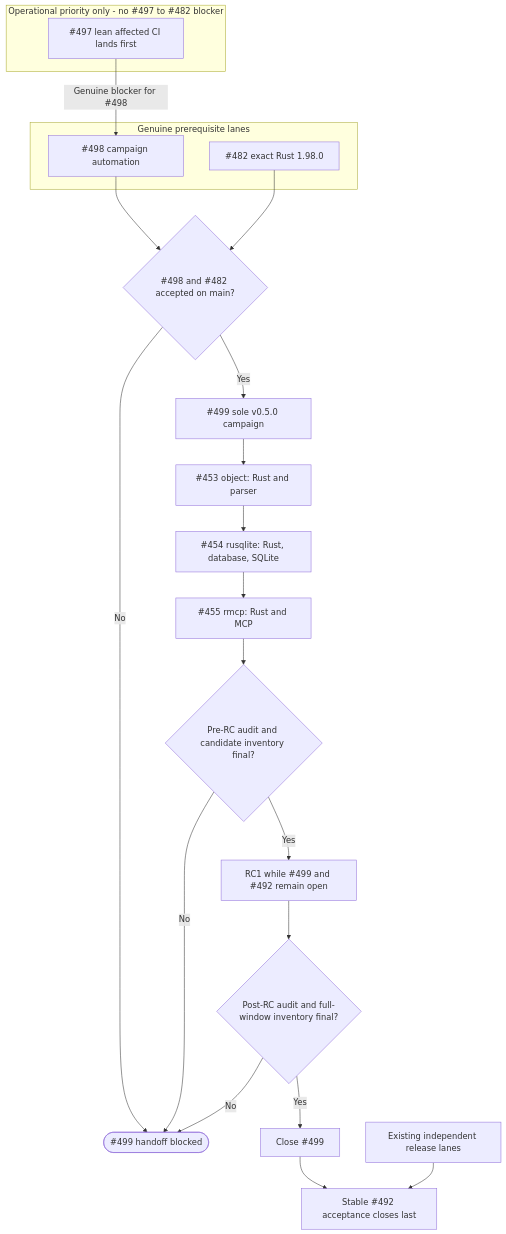
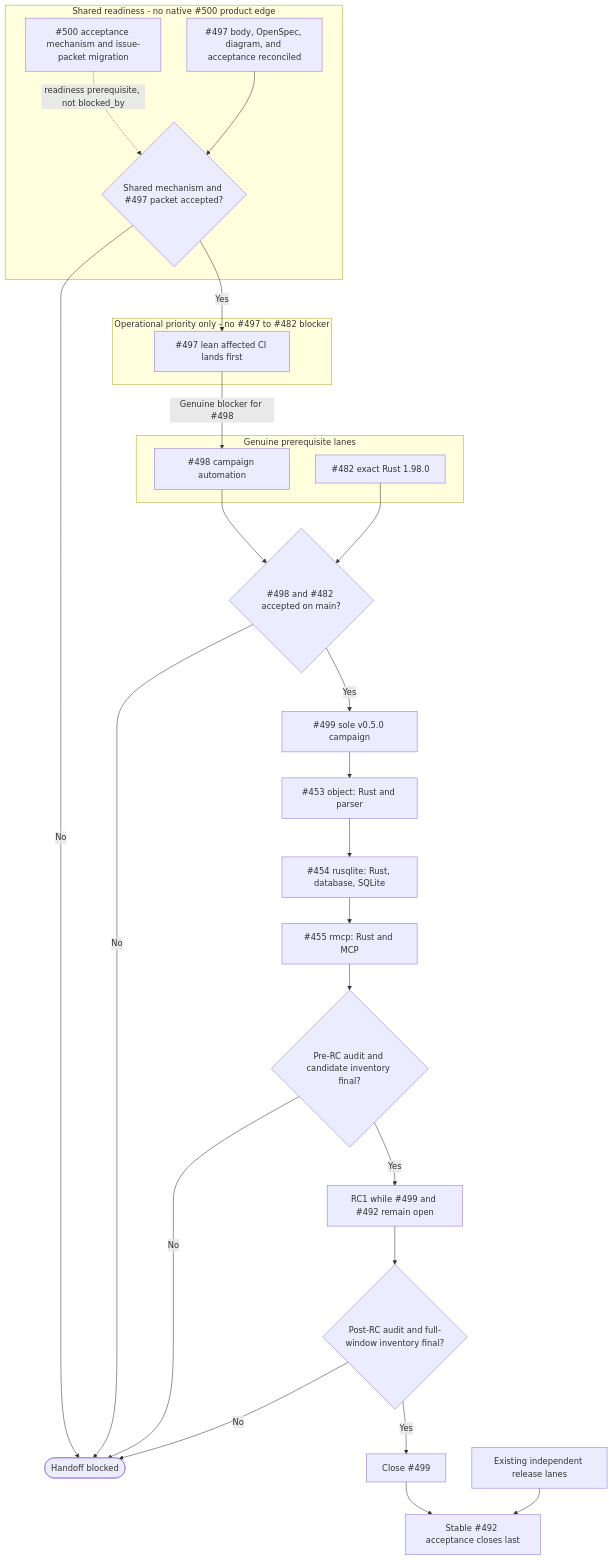
Before and after one commit to styler-ai/ProjectAtlas: diagram 30 of 31 in docs/v050-release-architecture.md, drawn with Mermaid. The commit also changed other lines of this file and 9 other files, not shown here.

Commit message:
docs(issueops): specify acceptance-oriented issue contracts (#500)

````diff
--- a/docs/v050-release-architecture.md
+++ b/docs/v050-release-architecture.md
@@ -452,26 +488,35 @@
 ```mermaid
 flowchart TB
+    subgraph Readiness[Shared readiness - no native #500 product edge]
+        Contract500[#500 acceptance mechanism and issue-packet migration]
+        Packet497[#497 body, OpenSpec, diagram, and acceptance reconciled]
+        Gate497{Shared mechanism and #497 packet accepted?}
+        Contract500 -. readiness prerequisite, not blocked_by .-> Gate497
+        Packet497 --> Gate497
+    end
     subgraph Priority[Operational priority only - no #497 to #482 blocker]
         CI497[#497 lean affected CI lands first]
     end
     subgraph Foundations[Genuine prerequisite lanes]
         Auto498[#498 campaign automation]
         Rust482[#482 exact Rust 1.98.0]
     end
+    Gate497 -- Yes --> CI497
+    Gate497 -- No --> Stop([Handoff blocked])
     CI497 -- Genuine blocker for #498 --> Auto498
     Auto498 --> Ready{#498 and #482 accepted on main?}
     Rust482 --> Ready
-    Ready -- No --> Stop([#499 handoff blocked])
+    Ready -- No --> Stop
     Ready -- Yes --> Campaign499[#499 sole v0.5.0 campaign]
     Campaign499 --> PR453[#453 object: Rust and parser]
     PR453 --> PR454[#454 rusqlite: Rust, database, SQLite]
     PR454 --> PR455[#455 rmcp: Rust and MCP]
     PR455 --> CandidateState{Pre-RC audit and candidate inventory final?}
     CandidateState -- No --> Stop
     CandidateState -- Yes --> RC1[RC1 while #499 and #492 remain open]
     RC1 --> StableState{Post-RC audit and full-window inventory final?}
     StableState -- No --> Stop
     StableState -- Yes --> Close499[Close #499]
     Close499 --> Release492[Stable #492 acceptance closes last]
     Parallel[Existing independent release lanes] --> Release492
 ```
````
